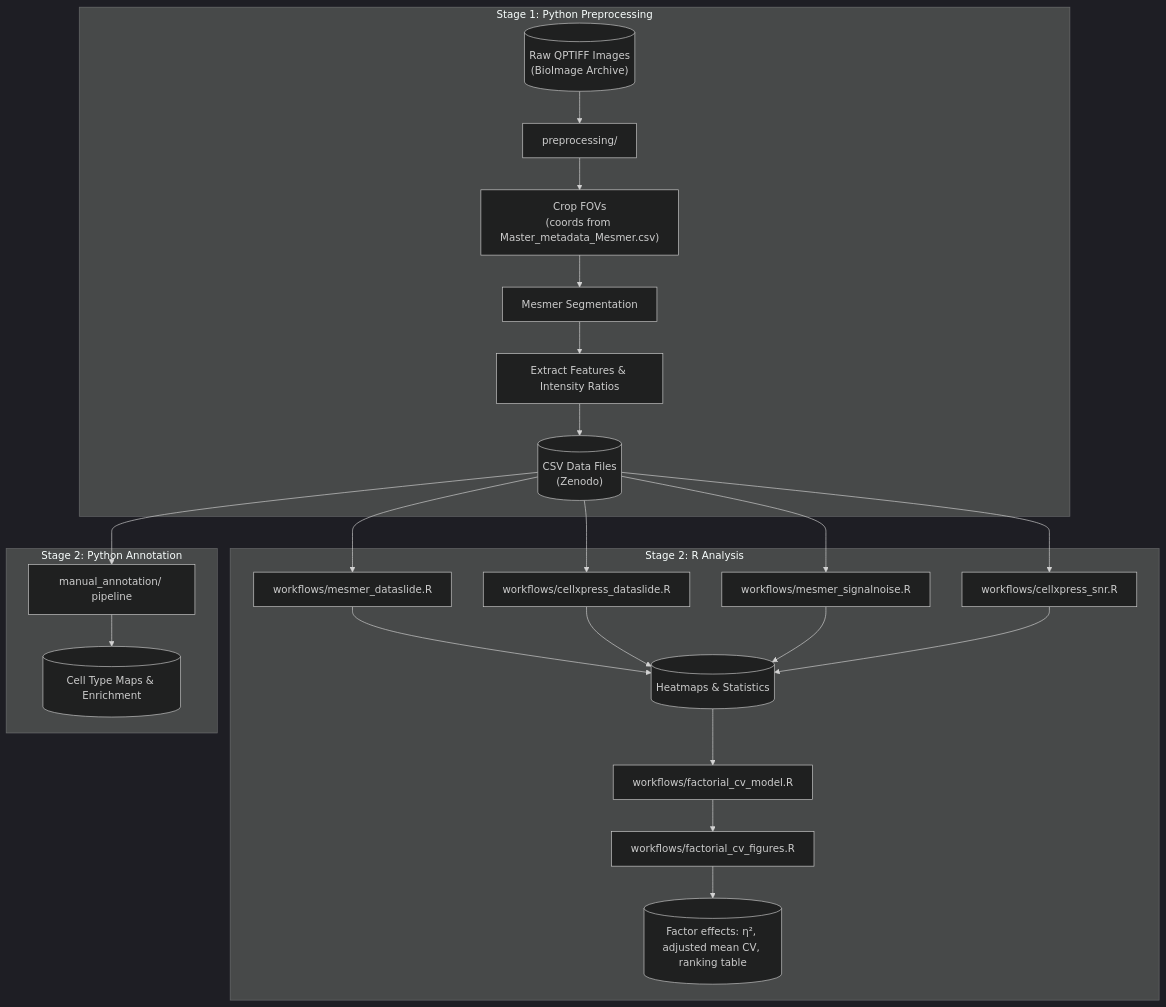
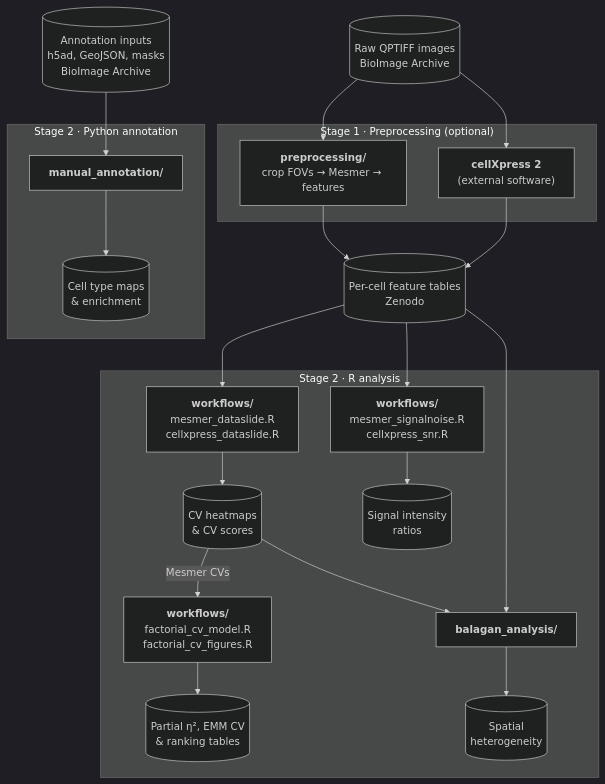
The diagram in README.md (SizunJiangLab/Benchmarking_tissue_preparation), drawn with Mermaid (dark theme) before and after one commit.

Commit message:
README: redraw workflow overview diagram
Group related scripts into single nodes, add cellXpress 2 and balagan_analysis/,
take manual_annotation/ inputs from BioImage Archive, and show that the factorial
CV model and Balagan read the Mesmer CV outputs.

````diff
--- a/README.md
+++ b/README.md
@@ -72,29 +72,33 @@
 ```mermaid
 flowchart TD
-    subgraph stage1["Stage 1: Python Preprocessing"]
-        A[("Raw QPTIFF Images<br/>(BioImage Archive)")] --> B["preprocessing/"]
-        B --> C["Crop FOVs<br/>(coords from Master_metadata_Mesmer.csv)"]
-        C --> D["Mesmer Segmentation"]
-        D --> E["Extract Features & Intensity Ratios"]
-        E --> F[("CSV Data Files<br/>(Zenodo)")]
+    A[("Raw QPTIFF images<br/>BioImage Archive")]
+    D[("Annotation inputs<br/>h5ad, GeoJSON, masks<br/>BioImage Archive")]
+
+    subgraph S1["Stage 1 · Preprocessing (optional)"]
+        B["<b>preprocessing/</b><br/>crop FOVs → Mesmer → features"]
+        X["<b>cellXpress 2</b><br/>(external software)"]
     end
 
-    subgraph stage2["Stage 2: R Analysis"]
-        F --> G["workflows/mesmer_dataslide.R"]
-        F --> H["workflows/cellxpress_dataslide.R"]
-        F --> I["workflows/mesmer_signalnoise.R"]
-        F --> M["workflows/cellxpress_snr.R"]
-        G --> J[("Heatmaps & Statistics")]
-        H --> J
-        I --> J
-        M --> J
-        J --> N["workflows/factorial_cv_model.R"]
-        N --> O["workflows/factorial_cv_figures.R"]
-        O --> P[("Factor effects: η², adjusted mean CV, ranking table")]
+    A --> B & X
+    B --> C[("Per-cell feature tables<br/>Zenodo")]
+    X --> C
+
+    subgraph S2["Stage 2 · R analysis"]
+        G["<b>workflows/</b><br/>mesmer_dataslide.R<br/>cellxpress_dataslide.R"]
+        I["<b>workflows/</b><br/>mesmer_signalnoise.R<br/>cellxpress_snr.R"]
+        N["<b>workflows/</b><br/>factorial_cv_model.R<br/>factorial_cv_figures.R"]
+        Q["<b>balagan_analysis/</b>"]
+        G --> J[("CV heatmaps<br/>& CV scores")]
+        J -- Mesmer CVs --> N --> P[("Partial η², EMM CV<br/>& ranking tables")]
+        I --> K[("Signal intensity<br/>ratios")]
+        J --> Q
+        Q --> R[("Spatial<br/>heterogeneity")]
     end
 
-    subgraph stage2b["Stage 2: Python Annotation"]
-        F --> K["manual_annotation/ pipeline"]
-        K --> L[("Cell Type Maps & Enrichment")]
+    subgraph S3["Stage 2 · Python annotation"]
+        M["<b>manual_annotation/</b>"] --> L[("Cell type maps<br/>& enrichment")]
     end
+
+    C --> G & I & Q
+    D --> M
 ```
````
